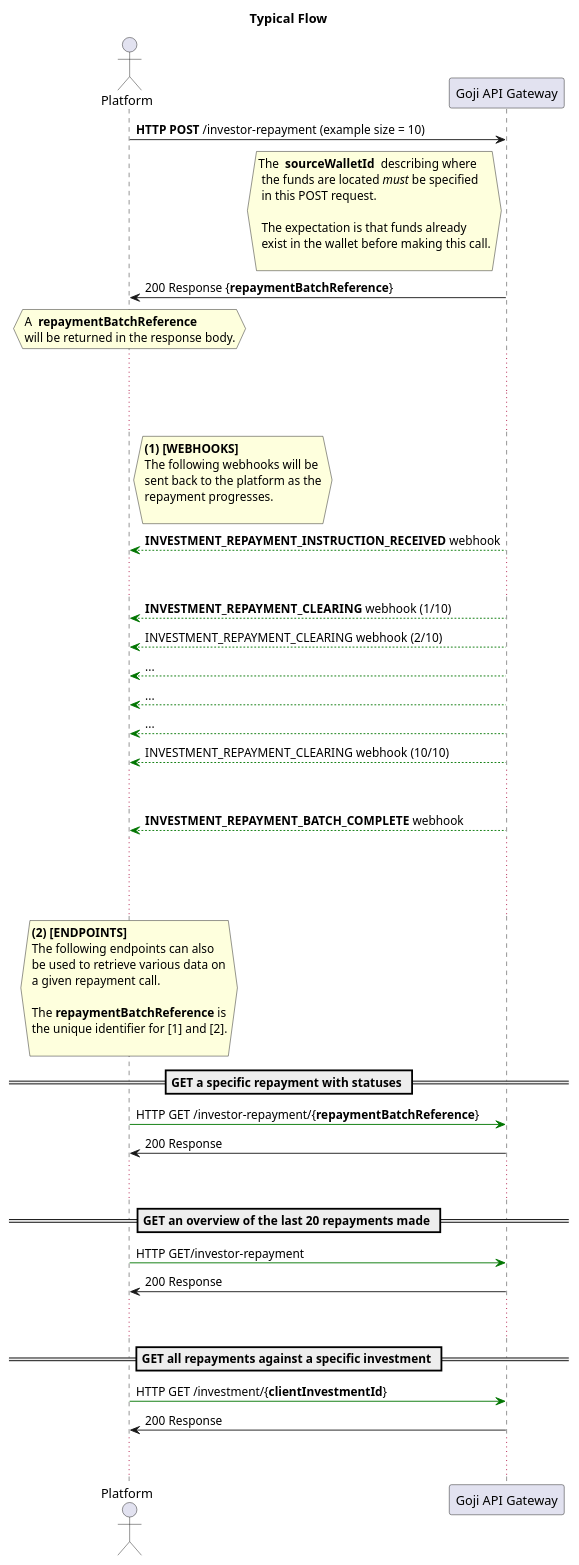
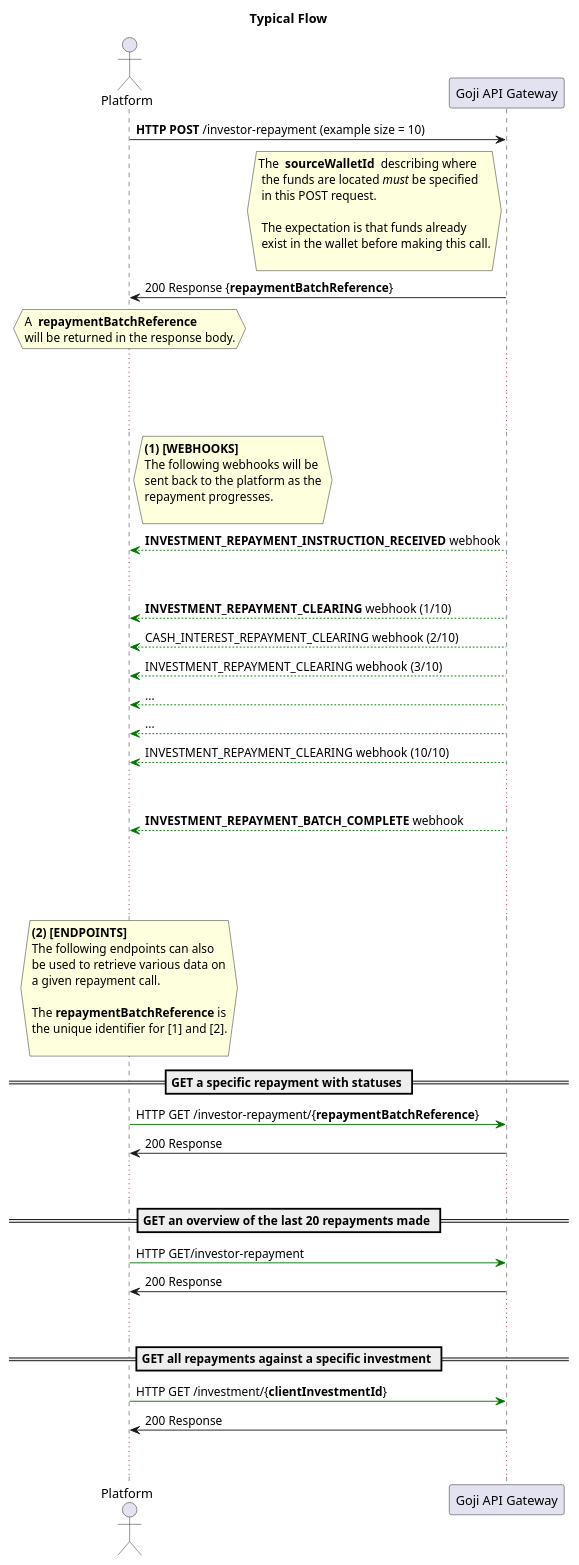
Before and after one commit to Goji-P2P/slate: the diagram in source/images/settlement/images/repayments_flow_high_level.puml, drawn with PlantUML. The commit also changed 3 other files, not shown here.

Commit message:
GJ-4175 CASH_INTEREST_CLEARING webhook added, repayment endpoint updated, GET endpoint updated, typo in isaadmin fixed

```diff
--- a/source/images/settlement/images/repayments_flow_high_level.puml
+++ b/source/images/settlement/images/repayments_flow_high_level.puml
@@ -1,86 +1,86 @@
 @startuml
 
 title Typical Flow
 skinparam responseMessageBelowArrow true
 actor "Platform" as other
 participant "Goji API Gateway" as api
 
 other -> api : <b>HTTP POST</b> /investor-repayment (example size = 10)
 hnote left api
 The <b> sourceWalletId </b> describing where
  the funds are located <i>must</i> be specified
  in this POST request.
 
  The expectation is that funds already
  exist in the wallet before making this call.
 
 end note
 api -> other : 200 Response {<b>repaymentBatchReference</b>}
 hnote over other
 A <b> repaymentBatchReference </b>
 will be returned in the response body.
 end note
 
 
 ...  ...
 ...  ...
 
 hnote right other
 <b>(1) [WEBHOOKS]</b>
 The following webhooks will be
 sent back to the platform as the
 repayment progresses.
 
 end note
 
 api -[#007500]-> other : <b>INVESTMENT_REPAYMENT_INSTRUCTION_RECEIVED</b> webhook
 ... ...
 api -[#007500]-> other : <b>INVESTMENT_REPAYMENT_CLEARING</b> webhook (1/10)
-api -[#007500]-> other : INVESTMENT_REPAYMENT_CLEARING webhook (2/10)
-api -[#007500]-> other : ...
+api -[#007500]-> other : CASH_INTEREST_REPAYMENT_CLEARING webhook (2/10)
+api -[#007500]-> other : INVESTMENT_REPAYMENT_CLEARING webhook (3/10)
 api -[#007500]-> other : ...
 api -[#007500]-> other : ...
 api -[#007500]-> other : INVESTMENT_REPAYMENT_CLEARING webhook (10/10)
 ... ...
 api -[#007500]-> other : <b>INVESTMENT_REPAYMENT_BATCH_COMPLETE</b> webhook
 
 ... ...
 ... ...
 
 hnote over other
 <b>(2) [ENDPOINTS]</b>
 The following endpoints can also
 be used to retrieve various data on
 a given repayment call.
 
 The <b>repaymentBatchReference</b> is
 the unique identifier for [1] and [2].
 
 end note
 
 == GET a specific repayment with statuses ==
 other -[#007500]> api : HTTP GET /investor-repayment/{<b>repaymentBatchReference</b>}
 api -> other : 200 Response
 
 ... ...
 
 
 == GET an overview of the last 20 repayments made ==
 other -[#007500]> api : HTTP GET/investor-repayment
 api -> other : 200 Response
 
 ... ...
 
 == GET all repayments against a specific investment ==
 other -[#007500]> api : HTTP GET /investment/{<b>clientInvestmentId</b>}
 api -> other : 200 Response
 
 ... ...
 
 
 
 
 
 
 
-@enduml 
+@enduml
```
